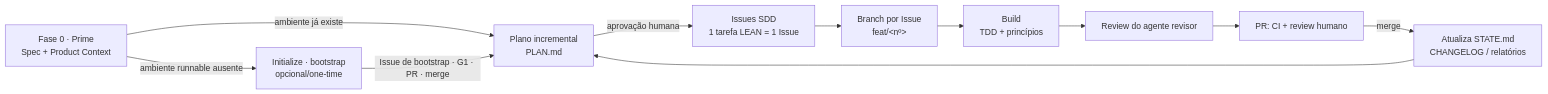
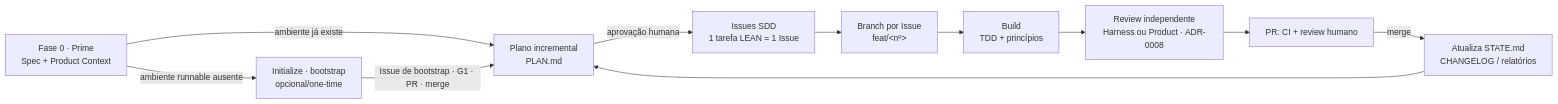
The diagram in README.md (isaiane/OrionHarness), drawn with Mermaid before and after one commit. The commit also changed other lines of this file and 12 other files, not shown here.

First line of the commit message:
docs(governance): Harness Review vs Product Review (ADR-0008) (#43) (#44)

````diff
--- a/README.md
+++ b/README.md
@@ -46,13 +46,13 @@
 ```mermaid
 flowchart LR
     P[Fase 0 · Prime<br/>Spec + Product Context] -->|ambiente runnable ausente| I[Initialize · bootstrap<br/>opcional/one-time]
     P -->|ambiente já existe| A
     I -->|Issue de bootstrap · G1 · PR · merge| A
     A[Plano incremental<br/>PLAN.md] -->|aprovação humana| B[Issues SDD<br/>1 tarefa LEAN = 1 Issue]
     B --> C[Branch por Issue<br/>feat/&lt;nº&gt;]
     C --> D[Build<br/>TDD + princípios]
-    D --> E[Review do agente revisor]
+    D --> E[Review independente<br/>Harness ou Product · ADR-0008]
     E --> F[PR: CI + review humano]
     F -->|merge| G[Atualiza STATE.md<br/>CHANGELOG / relatórios]
     G --> A
 ```
````
